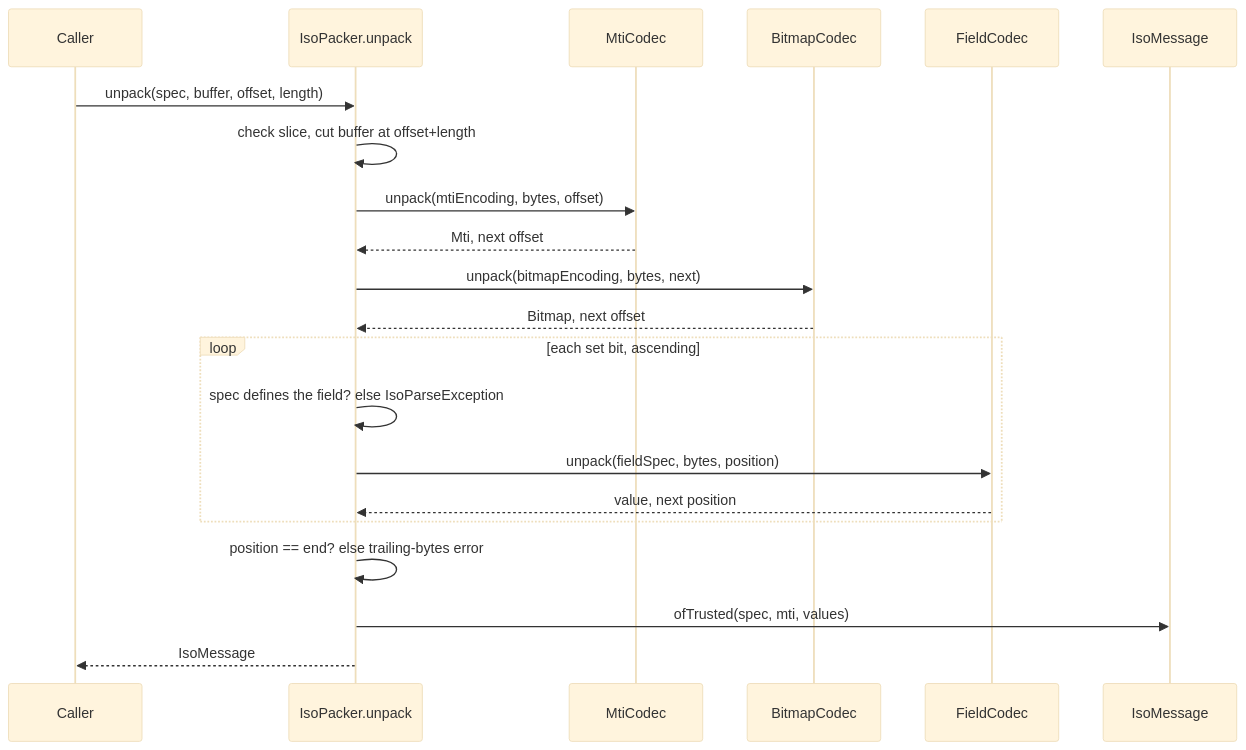
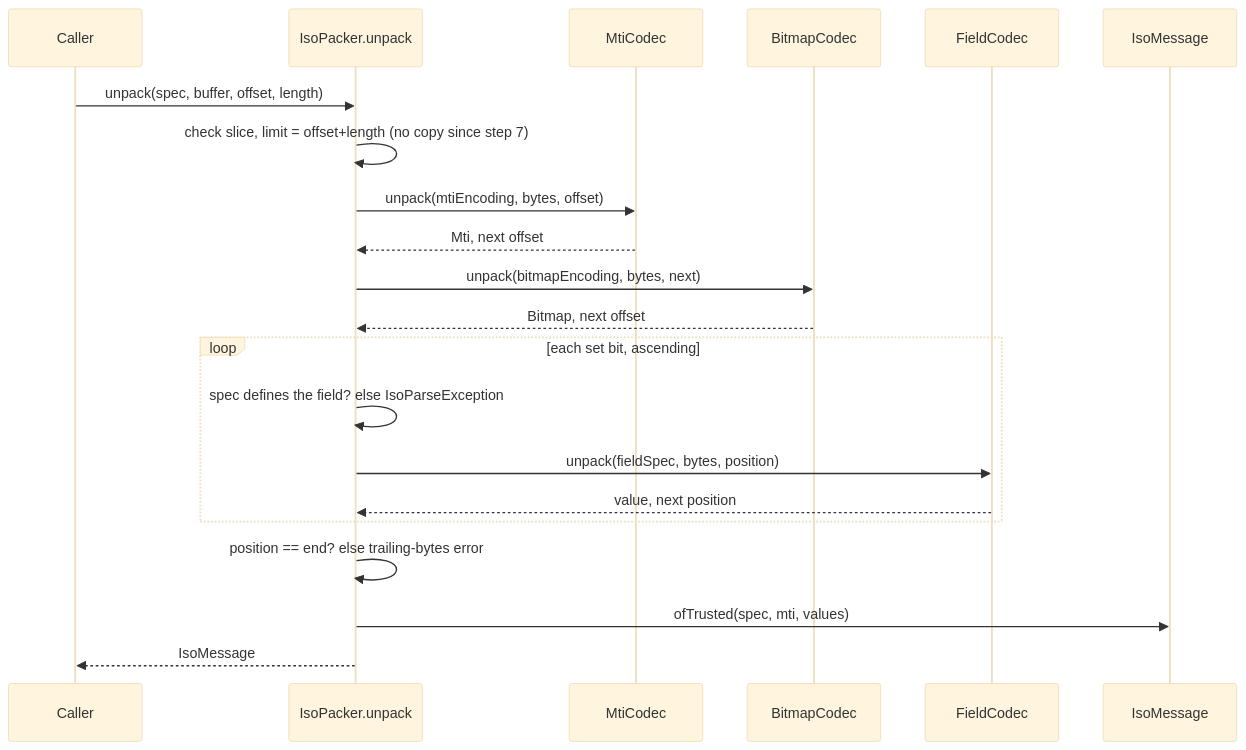
One commit to azizShakaib/payment-processor changed the second of 2 diagrams in docs/steps/phase-1-step-5.md. Above: the diagram before and after it, drawn with Mermaid (base theme). The commit also changed other lines of this file and 10 other files, not shown here.

````diff
--- a/docs/steps/phase-1-step-5.md
+++ b/docs/steps/phase-1-step-5.md
@@ -194,23 +194,23 @@
 ```mermaid
 sequenceDiagram
     participant C as Caller
     participant U as IsoPacker.unpack
     participant M as MtiCodec
     participant B as BitmapCodec
     participant F as FieldCodec
     participant I as IsoMessage
     C->>U: unpack(spec, buffer, offset, length)
-    U->>U: check slice, cut buffer at offset+length
+    U->>U: check slice, limit = offset+length (no copy since step 7)
     U->>M: unpack(mtiEncoding, bytes, offset)
     M-->>U: Mti, next offset
     U->>B: unpack(bitmapEncoding, bytes, next)
     B-->>U: Bitmap, next offset
     loop each set bit, ascending
         U->>U: spec defines the field? else IsoParseException
         U->>F: unpack(fieldSpec, bytes, position)
         F-->>U: value, next position
     end
     U->>U: position == end? else trailing-bytes error
     U->>I: ofTrusted(spec, mti, values)
     U-->>C: IsoMessage
 ```
````
